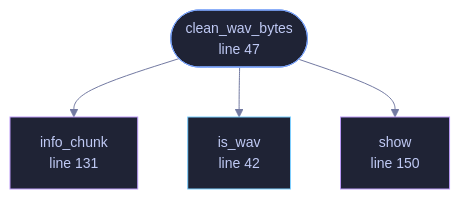
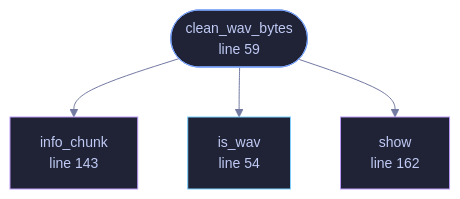
One commit to tilas01/veilvoice changed the diagram in docs/files/veilvoice-meta/wav.md. Above: the diagram before and after it, drawn with Mermaid. The commit also changed other lines of this file and 487 other files, not shown here.

````diff
--- a/docs/files/veilvoice-meta/wav.md
+++ b/docs/files/veilvoice-meta/wav.md
@@ -73,21 +86,21 @@
 ```mermaid
 %%{init: {"theme":"base","themeVariables":{"background":"#1a1b26","primaryColor":"#1f2335","primaryTextColor":"#c0caf5","primaryBorderColor":"#7aa2f7","secondaryColor":"#16161e","tertiaryColor":"#16161e","lineColor":"#737aa2","textColor":"#c0caf5","mainBkg":"#1f2335","nodeBorder":"#7aa2f7","clusterBkg":"#16161e","clusterBorder":"#2f3549","fontFamily":"ui-monospace, SFMono-Regular, Consolas, monospace","fontSize":"14px"}}}%%
 flowchart TD
-    n_is_wav["is_wav<br/>line 42"]
-    n_clean_wav_bytes(["clean_wav_bytes<br/>line 47"])
-    n_info_chunk["info_chunk<br/>line 131"]
-    n_show["show<br/>line 150"]
+    n_is_wav["is_wav<br/>line 54"]
+    n_clean_wav_bytes(["clean_wav_bytes<br/>line 59"])
+    n_info_chunk["info_chunk<br/>line 143"]
+    n_show["show<br/>line 162"]
     n_clean_wav_bytes --> n_info_chunk
     n_clean_wav_bytes --> n_is_wav
     n_clean_wav_bytes --> n_show
-    click n_is_wav href "https://github.com/tilas01/veilvoice/blob/main/crates/veilvoice-meta/src/wav.rs#L42" "open the source"
-    click n_clean_wav_bytes href "https://github.com/tilas01/veilvoice/blob/main/crates/veilvoice-meta/src/wav.rs#L47" "open the source"
-    click n_info_chunk href "https://github.com/tilas01/veilvoice/blob/main/crates/veilvoice-meta/src/wav.rs#L131" "open the source"
-    click n_show href "https://github.com/tilas01/veilvoice/blob/main/crates/veilvoice-meta/src/wav.rs#L150" "open the source"
+    click n_is_wav href "https://github.com/tilas01/veilvoice/blob/main/crates/veilvoice-meta/src/wav.rs#L54" "open the source"
+    click n_clean_wav_bytes href "https://github.com/tilas01/veilvoice/blob/main/crates/veilvoice-meta/src/wav.rs#L59" "open the source"
+    click n_info_chunk href "https://github.com/tilas01/veilvoice/blob/main/crates/veilvoice-meta/src/wav.rs#L143" "open the source"
+    click n_show href "https://github.com/tilas01/veilvoice/blob/main/crates/veilvoice-meta/src/wav.rs#L162" "open the source"
     classDef entry fill:#1f2335,stroke:#7aa2f7,color:#c0caf5
     class n_clean_wav_bytes entry
     classDef api fill:#1f2335,stroke:#7dcfff,color:#c0caf5
     class n_is_wav api
     classDef helper fill:#1f2335,stroke:#bb9af7,color:#c0caf5
     class n_info_chunk,n_show helper
 ```
````
